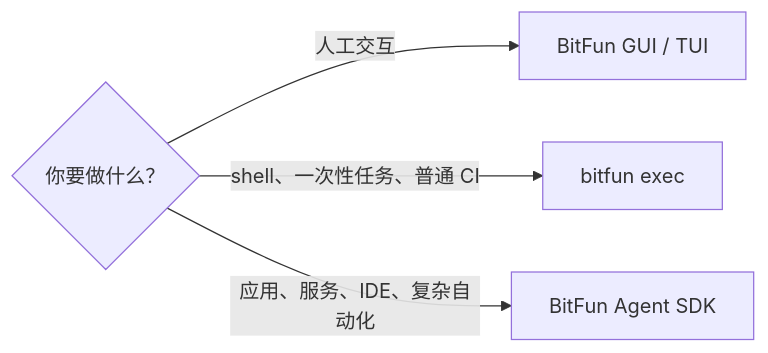
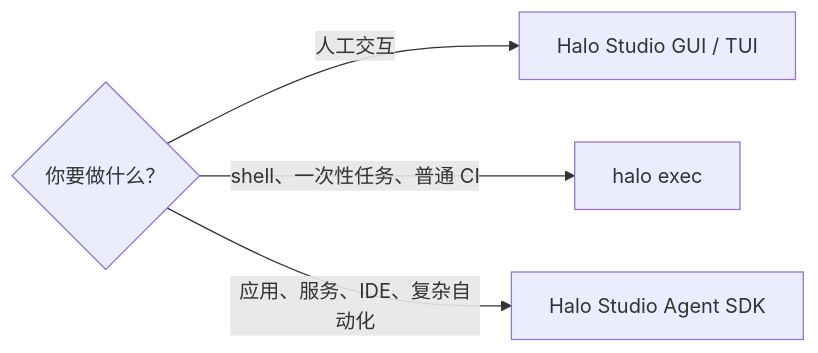
The first of 11 diagrams in product/Halo Studio/docs/architecture/agent-sdk-product-architecture.md (Nyzeep/Halo-Studio), drawn with Mermaid before and after one commit. The commit also changed other lines of this file and 259 other files, not shown here.

Commit message:
文档：活动文档与历史证据去 BitFun 化并统一上游对照标注

````diff
--- a/product/Halo Studio/docs/architecture/agent-sdk-product-architecture.md
+++ b/product/Halo Studio/docs/architecture/agent-sdk-product-architecture.md
@@ -37,7 +37,7 @@
 ```mermaid
 flowchart LR
   Need{"你要做什么？"}
-  Need -->|"人工交互"| Product["BitFun GUI / TUI"]
-  Need -->|"shell、一次性任务、普通 CI"| CLI["bitfun exec"]
-  Need -->|"应用、服务、IDE、复杂自动化"| SDK["BitFun Agent SDK"]
+  Need -->|"人工交互"| Product["Halo Studio GUI / TUI"]
+  Need -->|"shell、一次性任务、普通 CI"| CLI["halo exec"]
+  Need -->|"应用、服务、IDE、复杂自动化"| SDK["Halo Studio Agent SDK"]
 ```
````
